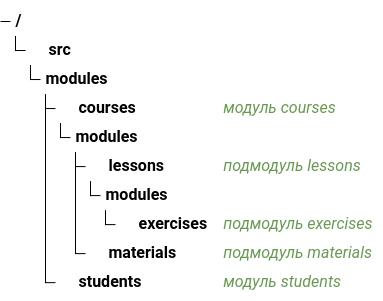
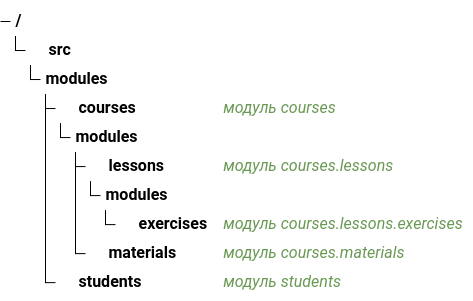
One commit to jt4d-lab/weld changed the second of 2 diagrams in docs/core-concepts/nested-modules.md. Above: the diagram before and after it, drawn with Mermaid. The commit also changed other lines of this file, not shown here.

````diff
--- a/docs/core-concepts/nested-modules.md
+++ b/docs/core-concepts/nested-modules.md
@@ -60,12 +60,12 @@
 ```mermaid
 treeView-beta
 src/ icon(src)
   modules/
     courses/ icon(module)            ## модуль courses
       modules/
-        lessons/ icon(module)        ## подмодуль lessons
+        lessons/ icon(module)        ## модуль courses.lessons
           modules/
-            exercises/ icon(module)  ## подмодуль exercises
-        materials/ icon(module)      ## подмодуль materials
+            exercises/ icon(module)  ## модуль courses.lessons.exercises
+        materials/ icon(module)      ## модуль courses.materials
     students/ icon(module)           ## модуль students
 ```
````
